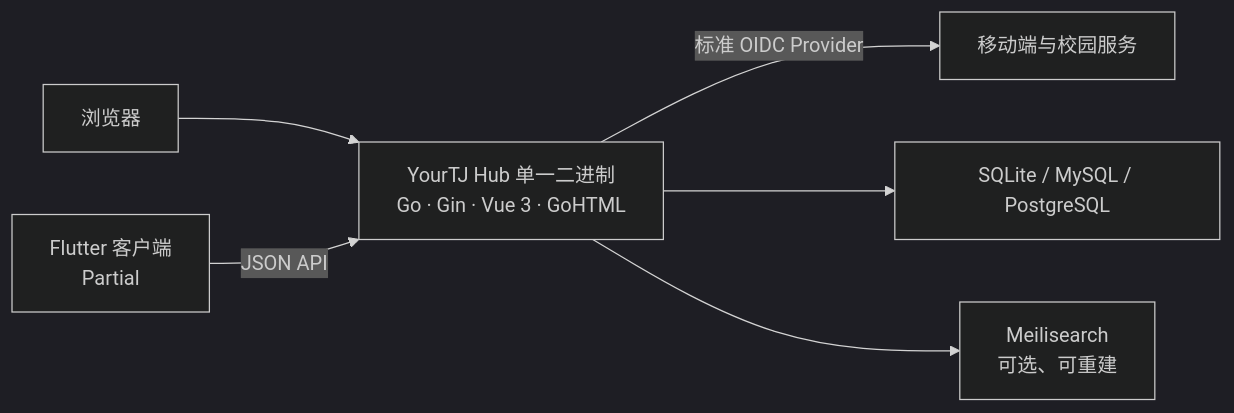
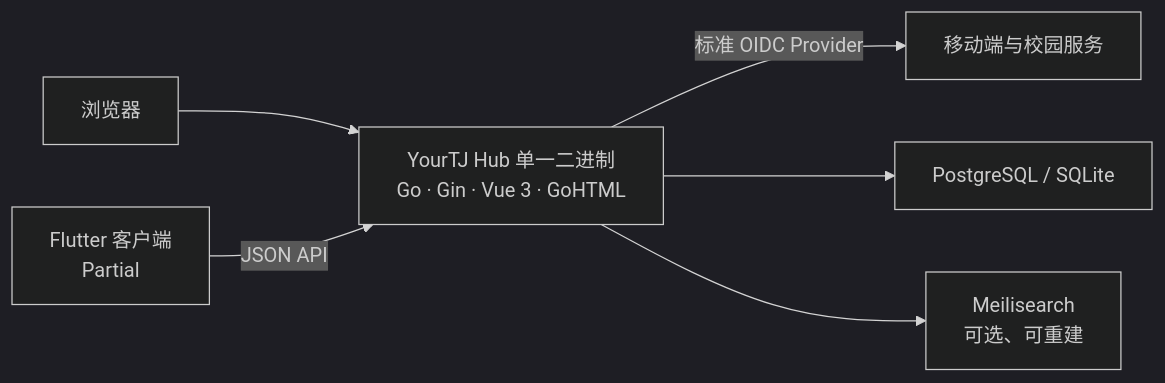
Before and after one commit to YourTongji/YourTJ-Hub: the diagram in README.md, drawn with Mermaid (dark theme). The commit also changed other lines of this file and 27 other files, not shown here.

First line of the commit message:
chore(db): 移除 MySQL 支持，部署默认 PostgreSQL

````diff
--- a/README.md
+++ b/README.md
@@ -55,8 +55,8 @@
 ```mermaid
 flowchart LR
     Browser["浏览器"] --> Hub["YourTJ Hub 单一二进制<br/>Go · Gin · Vue 3 · GoHTML"]
     Mobile["Flutter 客户端<br/>Partial"] -->|JSON API| Hub
     Hub -->|标准 OIDC Provider| Clients["移动端与校园服务"]
-    Hub --> DB["SQLite / MySQL / PostgreSQL"]
+    Hub --> DB["PostgreSQL / SQLite"]
     Hub --> Search["Meilisearch<br/>可选、可重建"]
 ```
````
